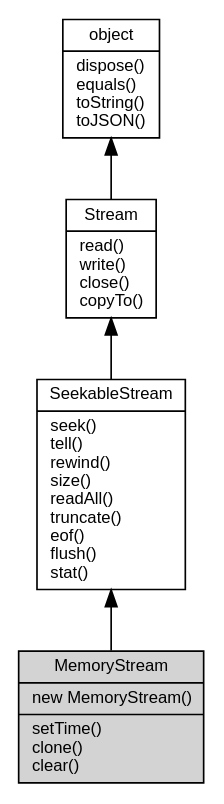
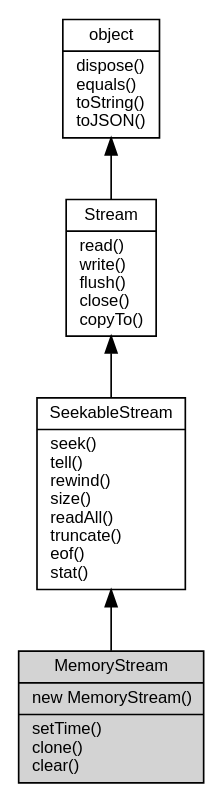
Before and after one commit to fibjs/fibjs.org: the diagram in docs/manual/object/ifs/MemoryStream.md, drawn with Graphviz. The commit also changed 289 other files, not shown here.

````diff
--- a/docs/manual/object/ifs/MemoryStream.md
+++ b/docs/manual/object/ifs/MemoryStream.md
@@ -11,14 +11,14 @@
 ```dot
 digraph {
     node [fontname="Helvetica,sans-Serif", fontsize=10, shape="record", style="filled", fillcolor="white"];
 
     object [tooltip="object", URL="object.md", label="{object|dispose()\lequals()\ltoString()\ltoJSON()\l}"];
-    Stream [tooltip="Stream", URL="Stream.md", label="{Stream|read()\lwrite()\lclose()\lcopyTo()\l}"];
-    SeekableStream [tooltip="SeekableStream", URL="SeekableStream.md", label="{SeekableStream|seek()\ltell()\lrewind()\lsize()\lreadAll()\ltruncate()\leof()\lflush()\lstat()\l}"];
-    MemoryStream [tooltip="MemoryStream", fillcolor="lightgray", label="{MemoryStream|new MemoryStream()\l|setTime()\lclone()\lclear()\l}"];
+    Stream [tooltip="Stream", URL="Stream.md", label="{Stream|read()\lwrite()\lflush()\lclose()\lcopyTo()\l}"];
+    SeekableStream [tooltip="SeekableStream", URL="SeekableStream.md", label="{SeekableStream|seek()\ltell()\lrewind()\lsize()\lreadAll()\ltruncate()\leof()\lstat()\l}"];
+    MemoryStream [tooltip="MemoryStream", fillcolor="lightgray", id="me", label="{MemoryStream|new MemoryStream()\l|setTime()\lclone()\lclear()\l}"];
 
     object -> Stream [dir=back];
     Stream -> SeekableStream [dir=back];
     SeekableStream -> MemoryStream [dir=back];
 }
 ```
````
